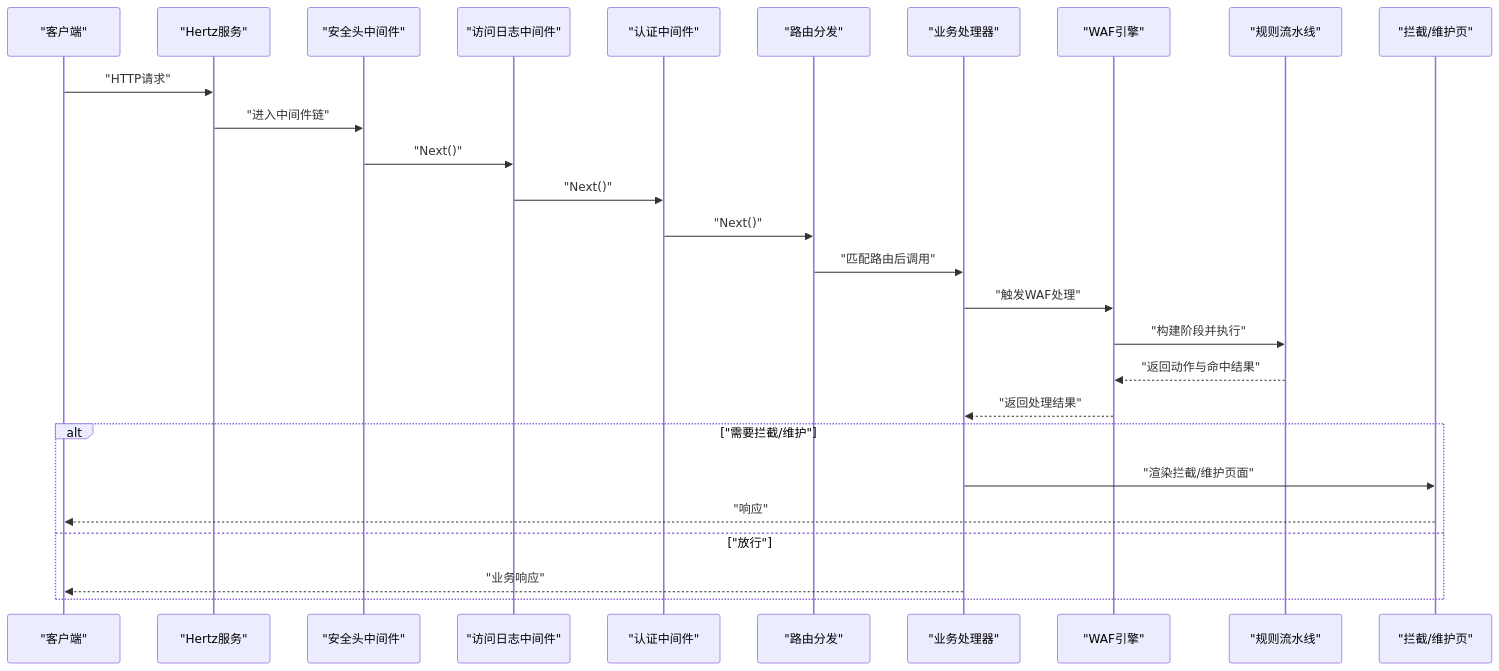
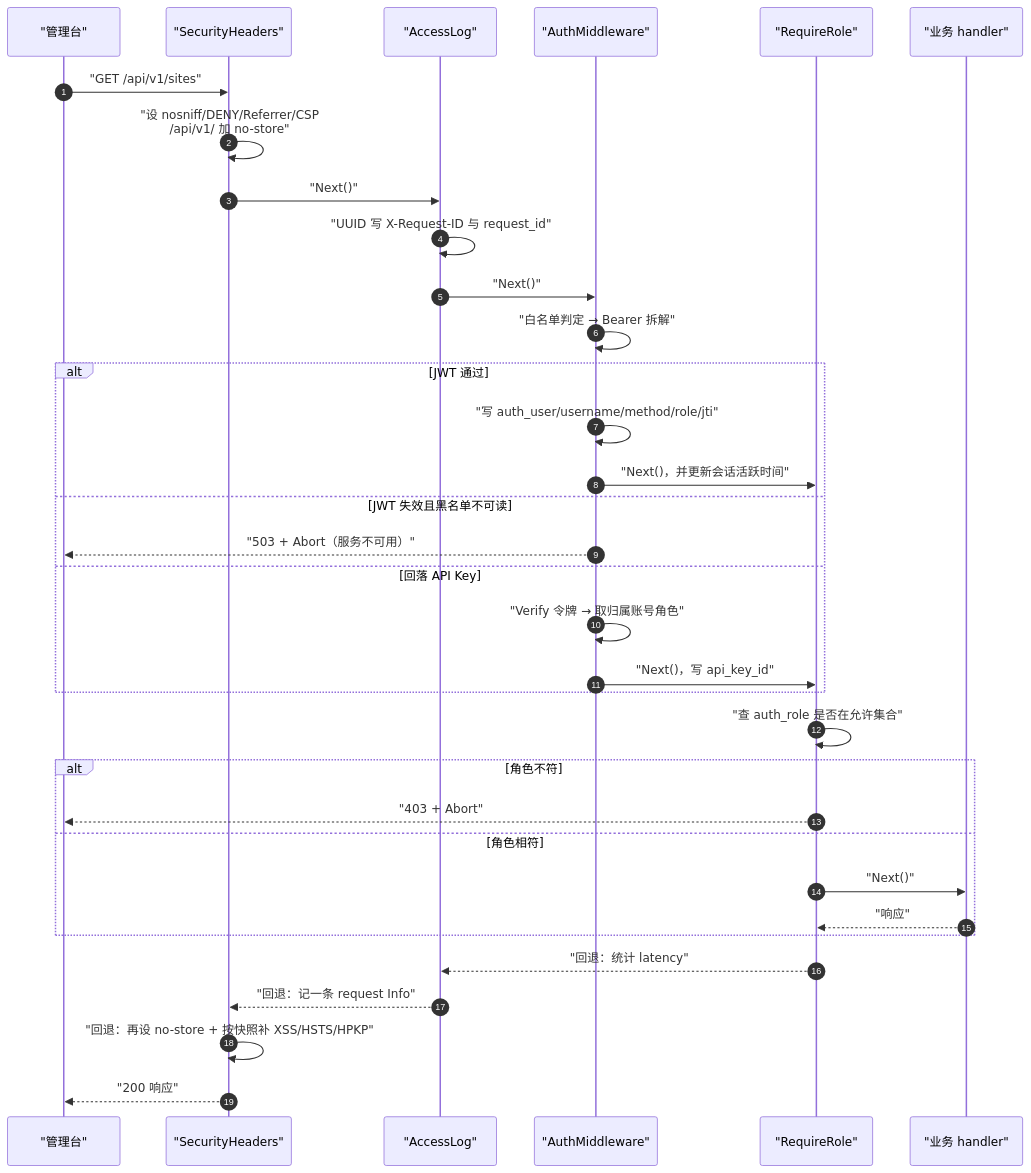
One commit to x01n/My-OpenWaf changed the third of 4 diagrams in docs/扩展与插件系统/中间件开发.md. Above: the diagram before and after it, drawn with Mermaid. The commit also changed other lines of this file and 622 other files, not shown here.

````diff
--- a/docs/扩展与插件系统/中间件开发.md
+++ b/docs/扩展与插件系统/中间件开发.md
@@ -104,29 +224,36 @@
 ```mermaid
 sequenceDiagram
-participant Client as "客户端"
-participant Hertz as "Hertz服务"
-participant Sec as "安全头中间件"
-participant Log as "访问日志中间件"
-participant Auth as "认证中间件"
-participant Router as "路由分发"
-participant Handler as "业务处理器"
-participant Engine as "WAF引擎"
-participant Pipe as "规则流水线"
-participant Block as "拦截/维护页"
-Client->>Hertz : "HTTP请求"
-Hertz->>Sec : "进入中间件链"
-Sec->>Log : "Next()"
-Log->>Auth : "Next()"
-Auth->>Router : "Next()"
-Router->>Handler : "匹配路由后调用"
-Handler->>Engine : "触发WAF处理"
-Engine->>Pipe : "构建阶段并执行"
-Pipe-->>Engine : "返回动作与命中结果"
-Engine-->>Handler : "返回处理结果"
-alt "需要拦截/维护"
-Handler->>Block : "渲染拦截/维护页面"
-Block-->>Client : "响应"
-else "放行"
-Handler-->>Client : "业务响应"
-end
+    autonumber
+    participant CLI as "管理台"
+    participant SEC as "SecurityHeaders"
+    participant LOG as "AccessLog"
+    participant AUTH as "AuthMiddleware"
+    participant ROLE as "RequireRole"
+    participant HD as "业务 handler"
+    CLI->>SEC : "GET /api/v1/sites"
+    SEC->>SEC : "设 nosniff/DENY/Referrer/CSP<br/>/api/v1/ 加 no-store"
+    SEC->>LOG : "Next()"
+    LOG->>LOG : "UUID 写 X-Request-ID 与 request_id"
+    LOG->>AUTH : "Next()"
+    AUTH->>AUTH : "白名单判定 → Bearer 拆解"
+    alt JWT 通过
+        AUTH->>AUTH : "写 auth_user/username/method/role/jti"
+        AUTH->>ROLE : "Next()，并更新会话活跃时间"
+    else JWT 失效且黑名单不可读
+        AUTH-->>CLI : "503 + Abort（服务不可用）"
+    else 回落 API Key
+        AUTH->>AUTH : "Verify 令牌 → 取归属账号角色"
+        AUTH->>ROLE : "Next()，写 api_key_id"
+    end
+    ROLE->>ROLE : "查 auth_role 是否在允许集合"
+    alt 角色不符
+        ROLE-->>CLI : "403 + Abort"
+    else 角色相符
+        ROLE->>HD : "Next()"
+        HD-->>ROLE : "响应"
+    end
+    ROLE-->>LOG : "回退：统计 latency"
+    LOG-->>SEC : "回退：记一条 request Info"
+    SEC->>SEC : "回退：再设 no-store + 按快照补 XSS/HSTS/HPKP"
+    SEC-->>CLI : "200 响应"
 ```
````
